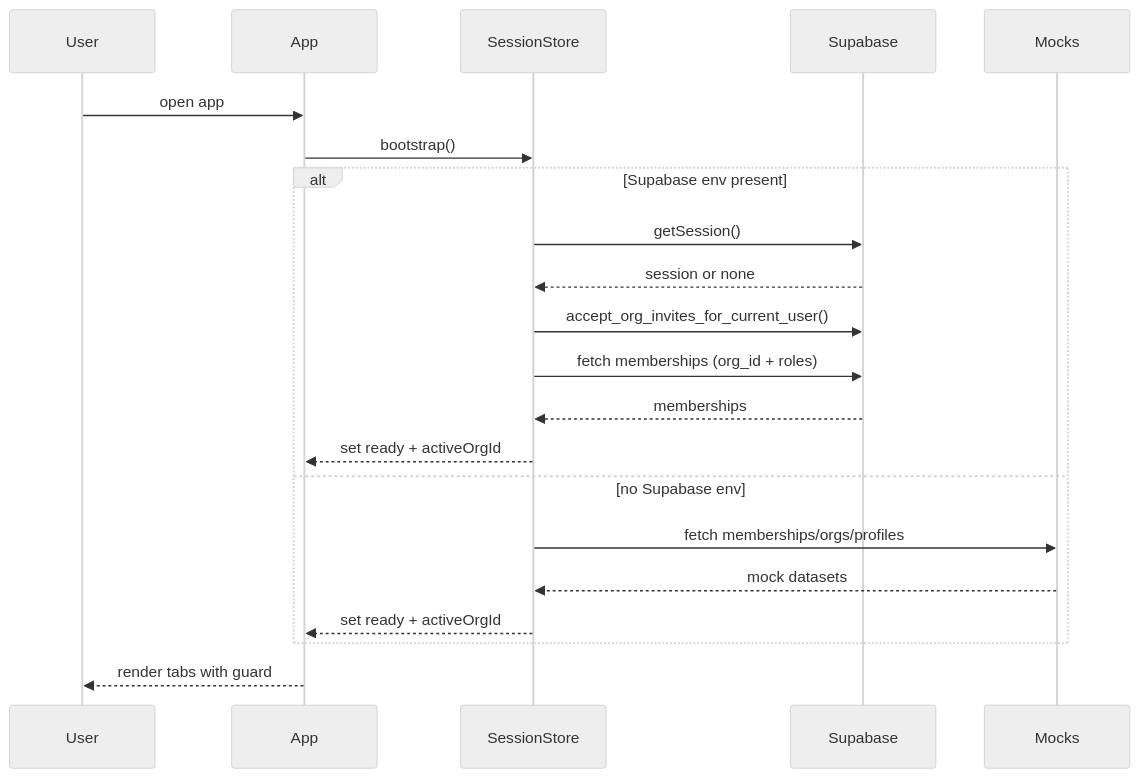
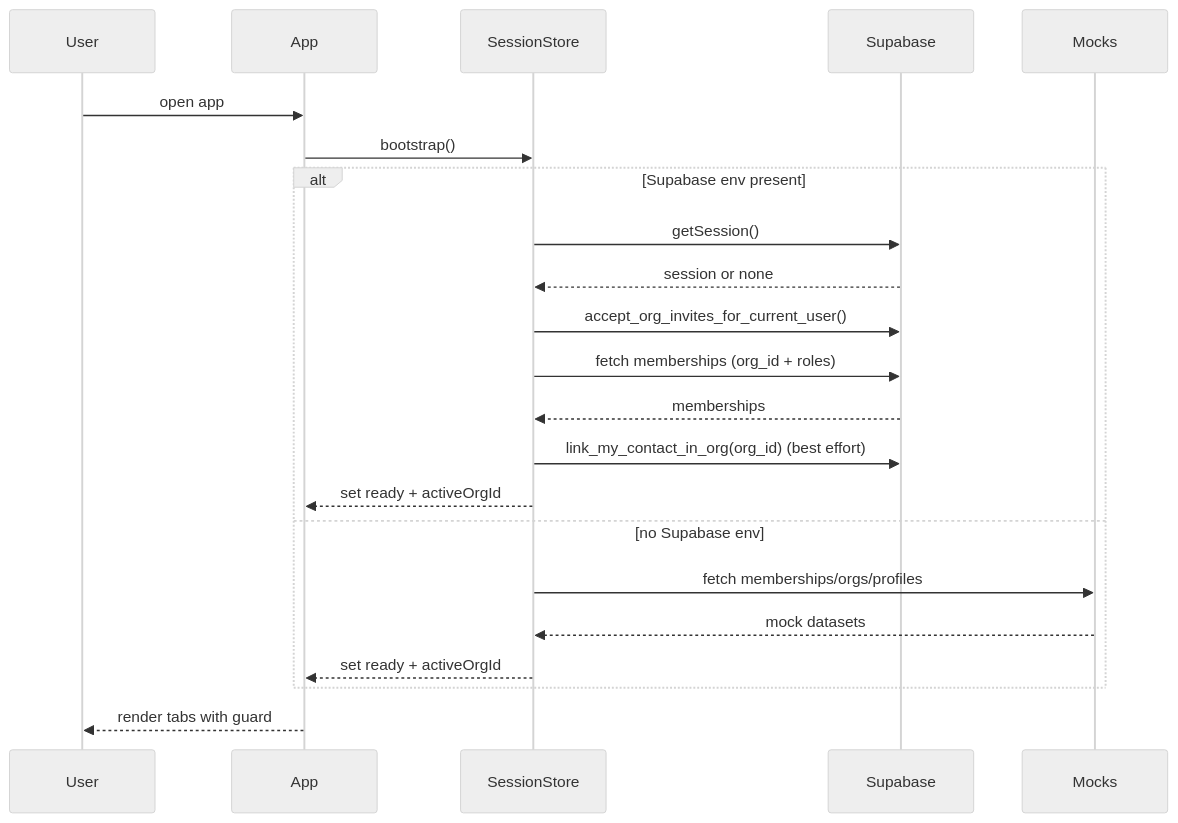
One commit to KRUKMAN/fafiq-app changed the diagram in docs/diagrams/sequences/01_session_boot.mmd. Above: the diagram before and after it, drawn with Mermaid (neutral theme). The commit also changed 24 other files, not shown here.

```diff
--- a/docs/diagrams/sequences/01_session_boot.mmd
+++ b/docs/diagrams/sequences/01_session_boot.mmd
@@ -1,21 +1,22 @@
 sequenceDiagram
   participant User
   participant App
   participant Session as SessionStore
   participant Supabase
   participant Mocks
   User->>App: open app
   App->>Session: bootstrap()
   alt Supabase env present
     Session->>Supabase: getSession()
     Supabase-->>Session: session or none
     Session->>Supabase: accept_org_invites_for_current_user()
     Session->>Supabase: fetch memberships (org_id + roles)
     Supabase-->>Session: memberships
+    Session->>Supabase: link_my_contact_in_org(org_id) (best effort)
     Session-->>App: set ready + activeOrgId
   else no Supabase env
     Session->>Mocks: fetch memberships/orgs/profiles
     Mocks-->>Session: mock datasets
     Session-->>App: set ready + activeOrgId
   end
   App-->>User: render tabs with guard
```
